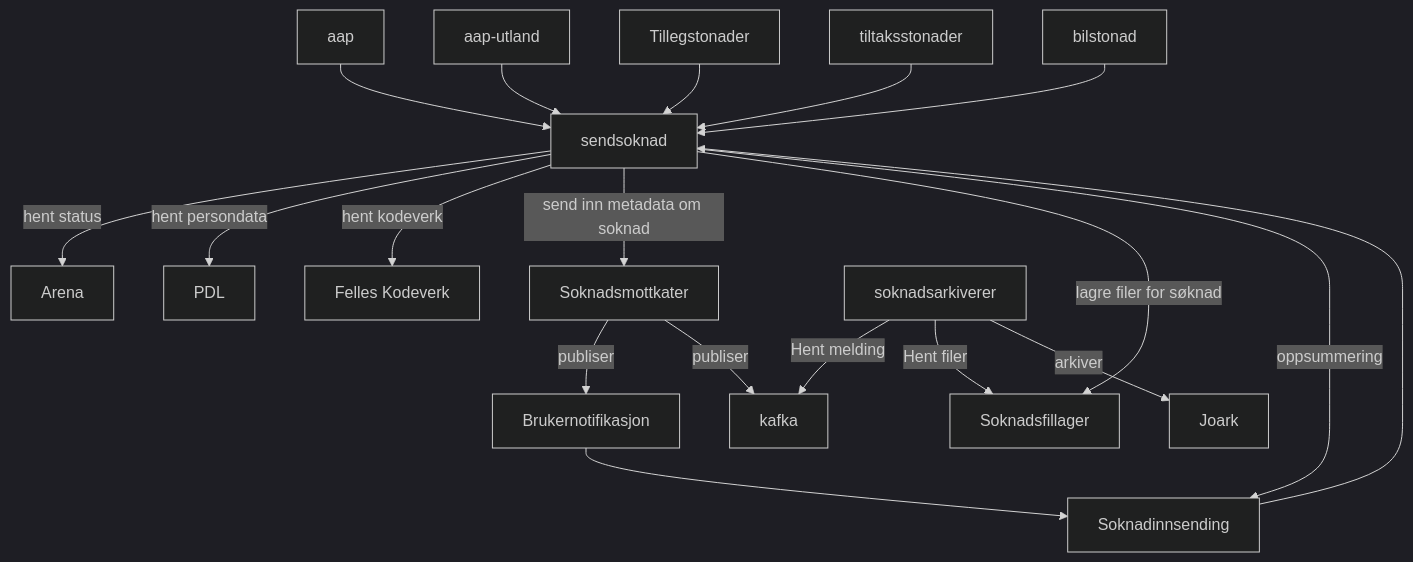
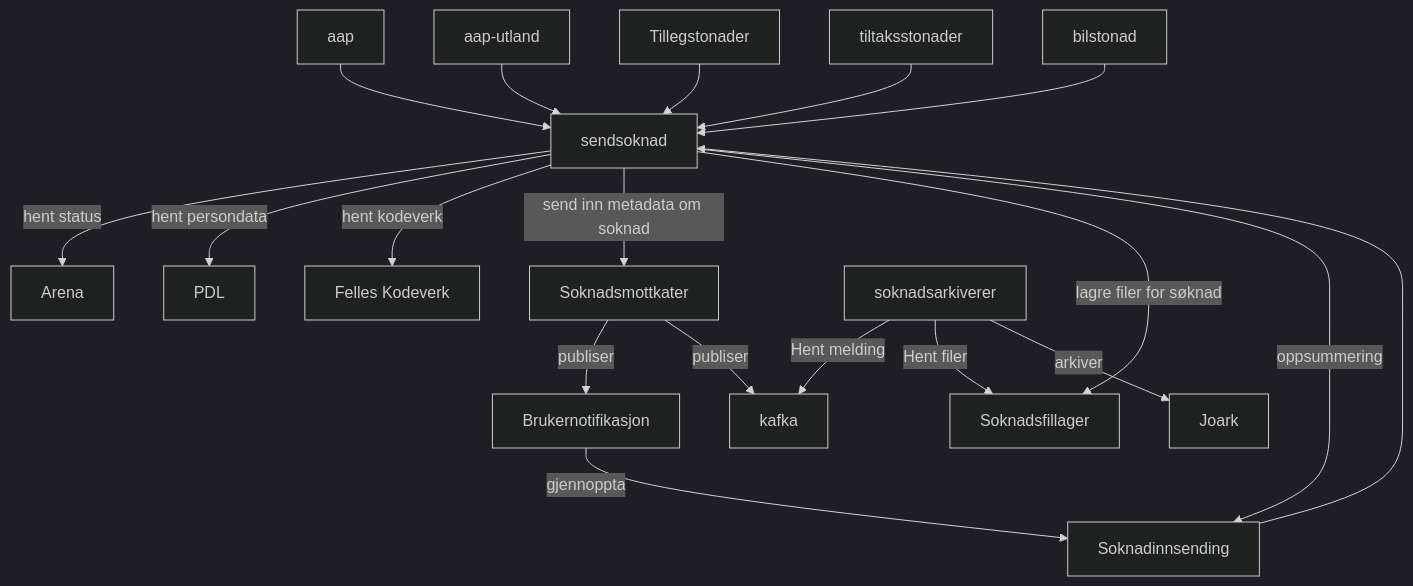
Before and after one commit to navikt/sendsoknad-boot: the third of 3 diagrams in docs/Arkitektur.md, drawn with Mermaid (dark theme).

Commit message:
Lagt på beskrivelse

````diff
--- a/docs/Arkitektur.md
+++ b/docs/Arkitektur.md
@@ -47,22 +47,22 @@
 ```mermaid
 flowchart TD
     A[aap] --> F[sendsoknad]
     B[aap-utland] --> F
     C[Tillegstonader] --> F
     D[tiltaksstonader] --> F
     E[bilstonad] --> F
     F[sendsoknad]-- hent status -->G[Arena]
     F-- hent persondata -->H[PDL]
     F-- hent kodeverk -->I[Felles Kodeverk]
     F-- send inn metadata om soknad -->J[Soknadsmottkater]
     F-- lagre filer for søknad -->K[Soknadsfillager]
     F-- oppsummering -->L[Soknadinnsending]
     L--> F
     J -- publiser -->M[Brukernotifikasjon]
-    M-->L
+    M-- gjennoppta -->L
     N[soknadsarkiverer]
     J -- publiser -->O[kafka]
     N -- Hent melding --> O
     N -- Hent filer --> K 
     N -- arkiver --> P[Joark]
 ```
````
